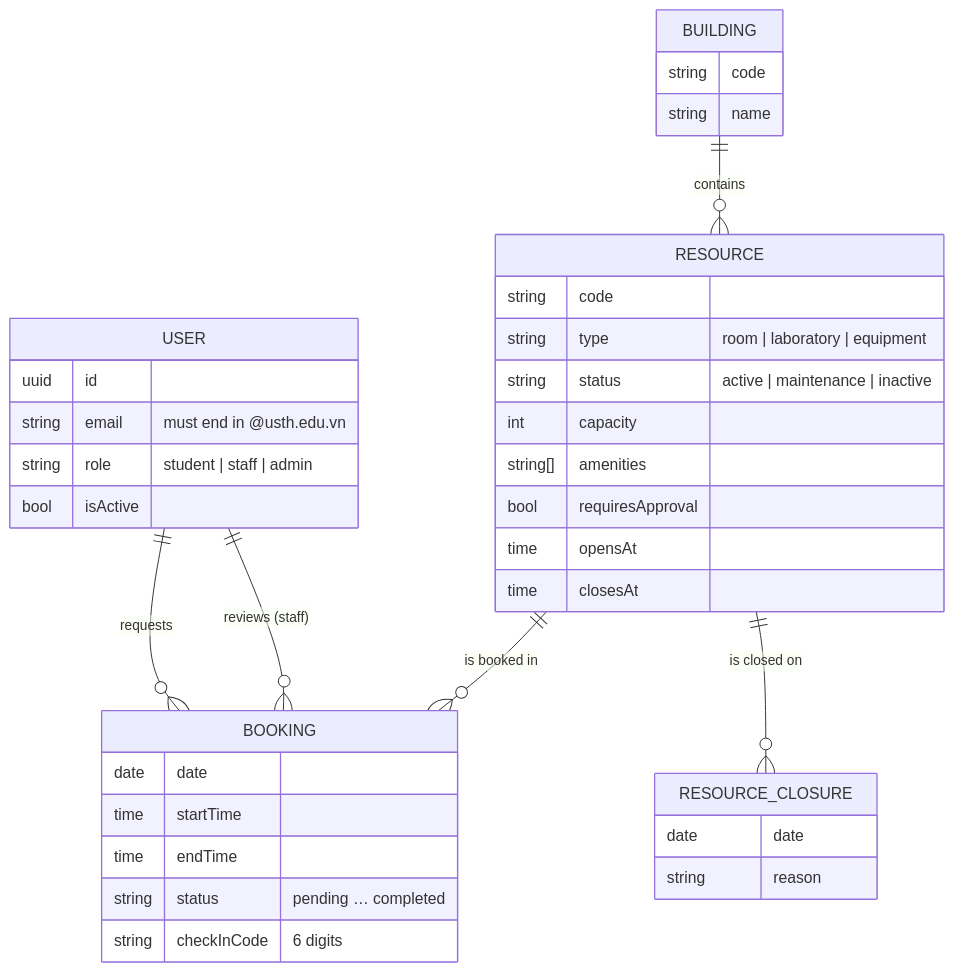
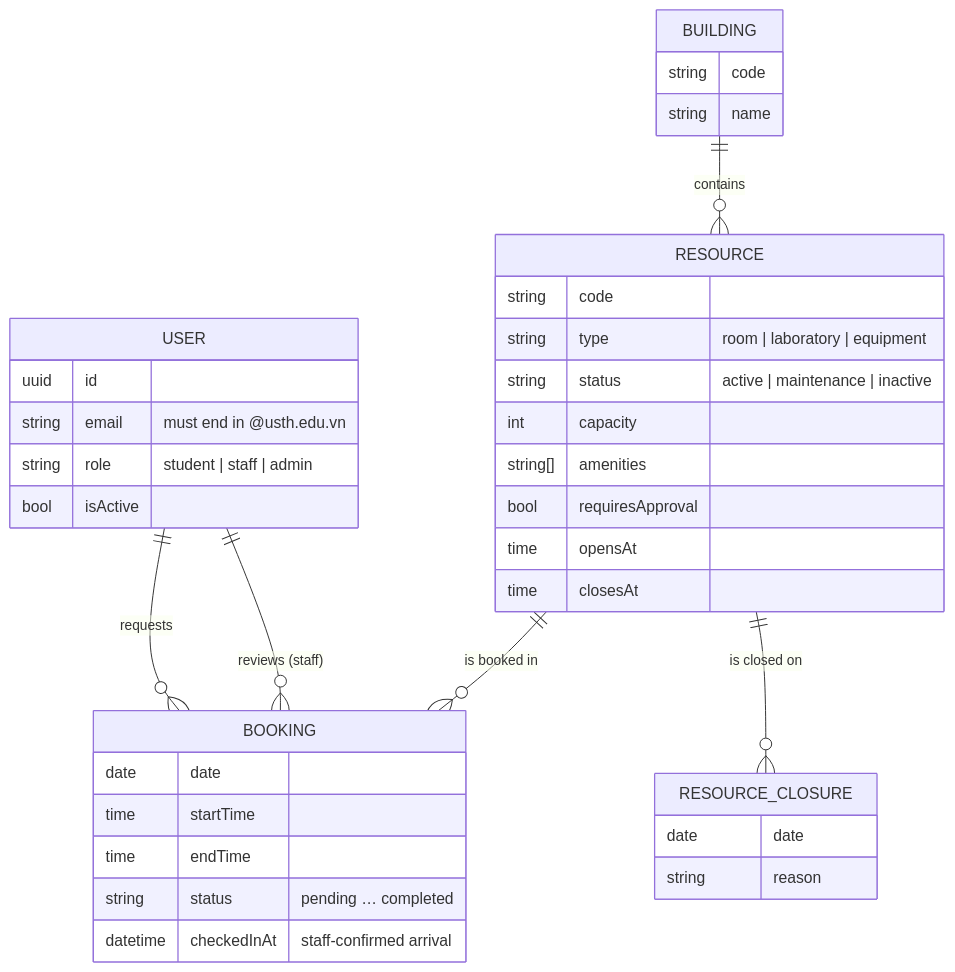
One commit to Nam-Antoine/campus-resource-booking changed the third of 4 diagrams in docs/presentation/2-architecture-and-api.md. Above: the diagram before and after it, drawn with Mermaid. The commit also changed other lines of this file and 83 other files, not shown here.

First line of the commit message:
Replace check-in codes with staff-confirmed booking details (#44)

````diff
--- a/docs/presentation/2-architecture-and-api.md
+++ b/docs/presentation/2-architecture-and-api.md
@@ -48,40 +48,40 @@
 ```mermaid
 erDiagram
     USER ||--o{ BOOKING : "requests"
     USER ||--o{ BOOKING : "reviews (staff)"
     BUILDING ||--o{ RESOURCE : "contains"
     RESOURCE ||--o{ BOOKING : "is booked in"
     RESOURCE ||--o{ RESOURCE_CLOSURE : "is closed on"
 
     USER {
         uuid id
         string email "must end in @usth.edu.vn"
         string role "student | staff | admin"
         bool isActive
     }
     BUILDING {
         string code
         string name
     }
     RESOURCE {
         string code
         string type "room | laboratory | equipment"
         string status "active | maintenance | inactive"
         int capacity
         string[] amenities
         bool requiresApproval
         time opensAt
         time closesAt
     }
     RESOURCE_CLOSURE {
         date date
         string reason
     }
     BOOKING {
         date date
         time startTime
         time endTime
         string status "pending … completed"
-        string checkInCode "6 digits"
+        datetime checkedInAt "staff-confirmed arrival"
     }
 ```
````
